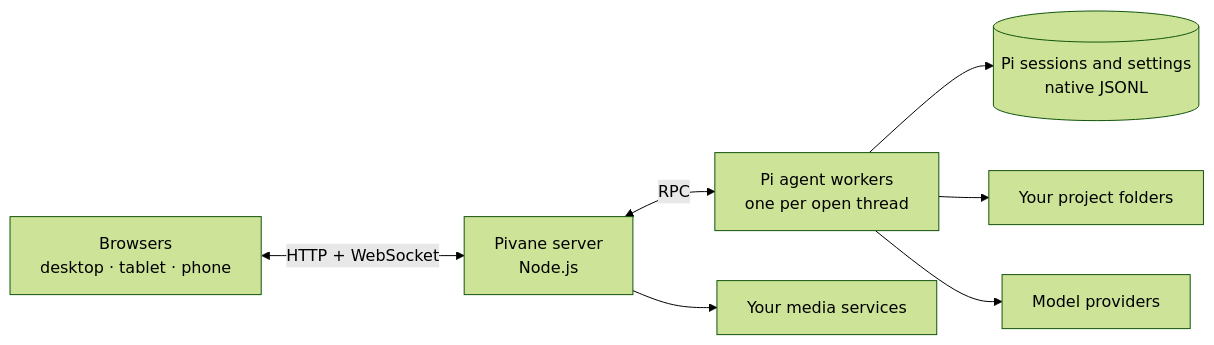
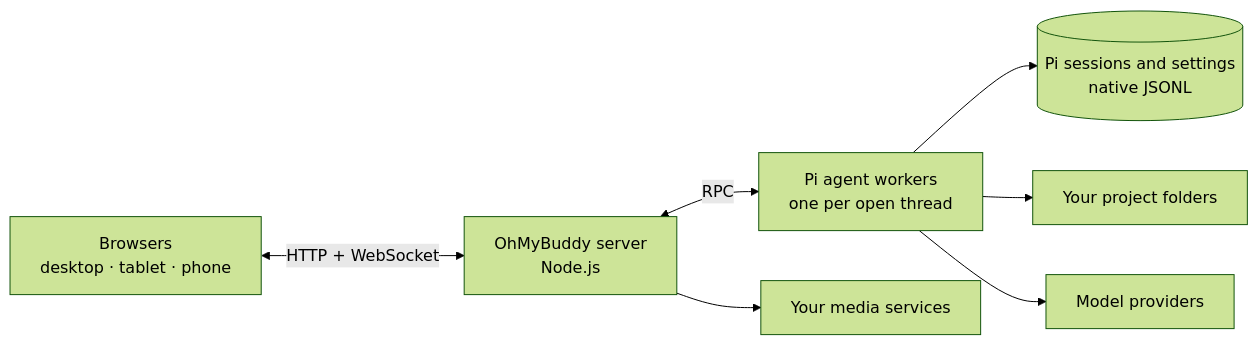
Before and after one commit to YogurtJ/OhMyBuddy: the diagram in README.md, drawn with Mermaid (forest theme). The commit also changed other lines of this file and 274 other files, not shown here.

Commit message:
feat(branding): rename Pivane to OhMyBuddy with legacy compatibility

````diff
--- a/README.md
+++ b/README.md
@@ -160,9 +157,9 @@
 ```mermaid
 flowchart LR
-    B["Browsers<br/>desktop · tablet · phone"] <-->|HTTP + WebSocket| S["Pivane server<br/>Node.js"]
+    B["Browsers<br/>desktop · tablet · phone"] <-->|HTTP + WebSocket| S["OhMyBuddy server<br/>Node.js"]
     S <-->|RPC| W["Pi agent workers<br/>one per open thread"]
     W --> D[("Pi sessions and settings<br/>native JSONL")]
     W --> P["Your project folders"]
     W --> L["Model providers"]
     S --> M["Your media services"]
 ```
````
